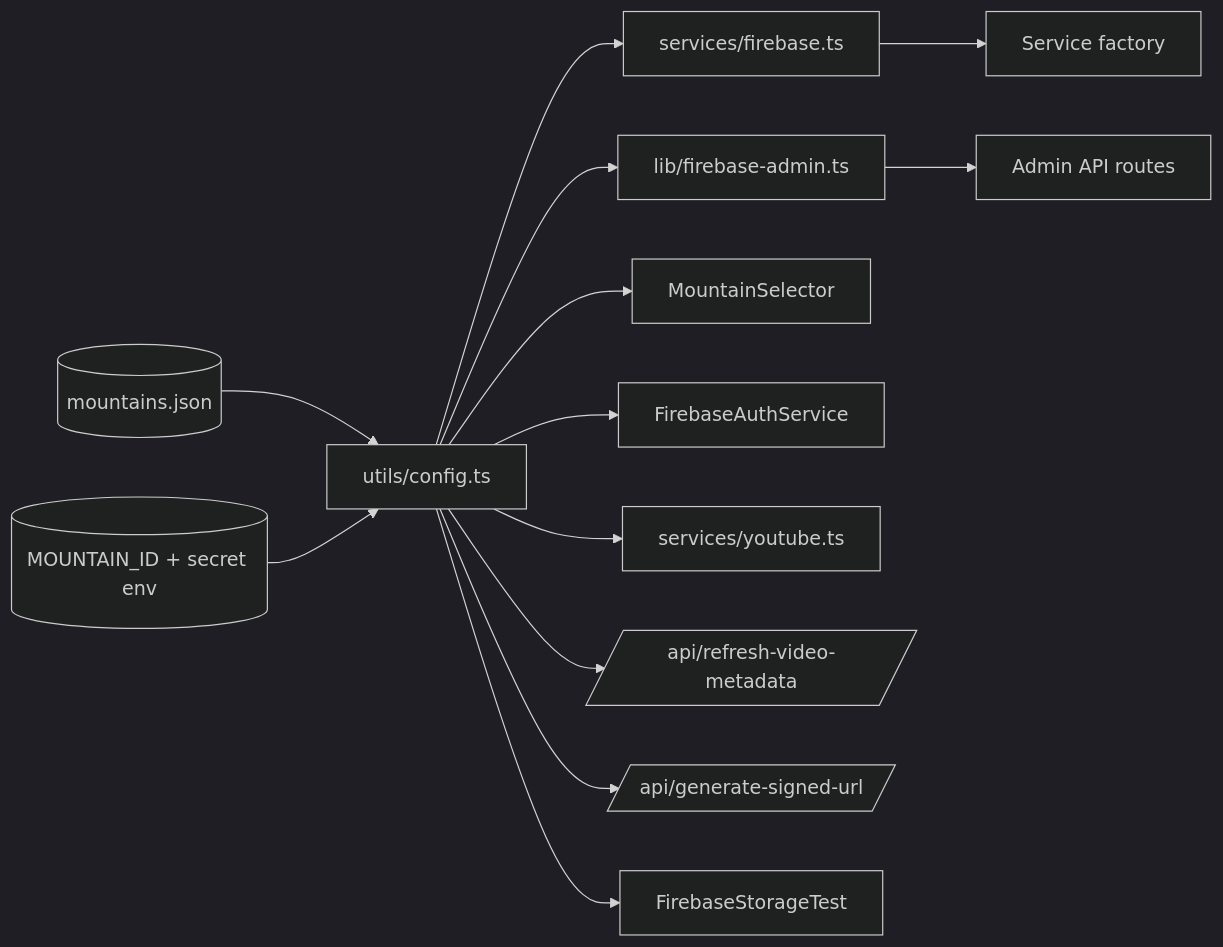
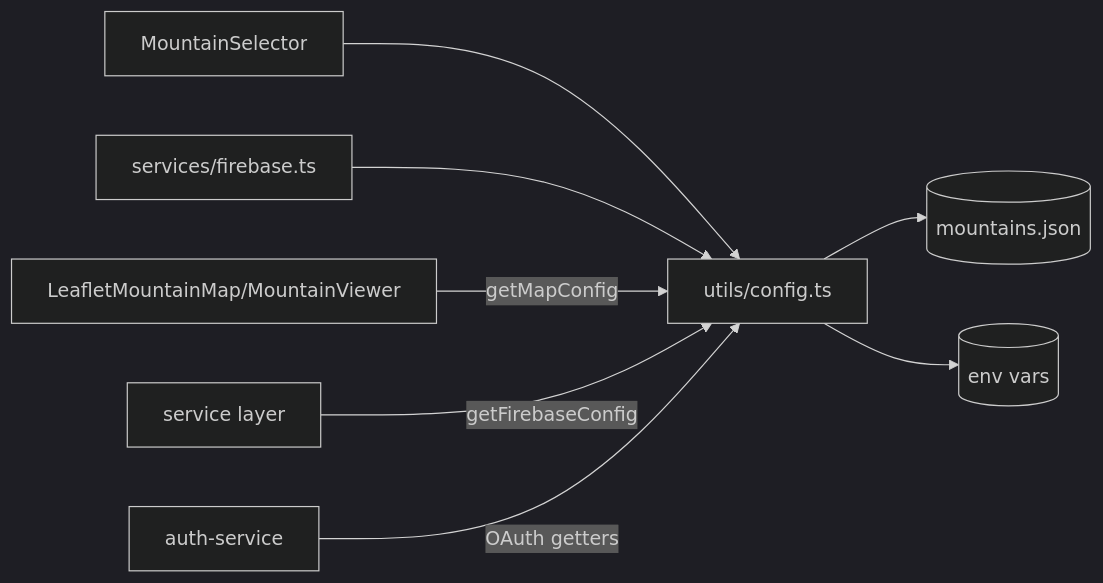
One commit to wwolfyy/mohocat changed the second of 2 diagrams in docs/codebase/multi-tenant-config.md. Above: the diagram before and after it, drawn with Mermaid (dark theme). The commit also changed other lines of this file and 12 other files, not shown here.

````diff
--- a/docs/codebase/multi-tenant-config.md
+++ b/docs/codebase/multi-tenant-config.md
@@ -116,21 +43,10 @@
 ```mermaid
 graph LR
-    Json[(mountains.json)]
-    Env[(MOUNTAIN_ID + secret env)]
-    Config[utils/config.ts]
-
-    Json --> Config
-    Env --> Config
-
-    Config --> FbClient[services/firebase.ts]
-    Config --> FbAdmin[lib/firebase-admin.ts]
-    Config --> Selector[MountainSelector]
-    Config --> AuthSvc[FirebaseAuthService]
-    Config --> YT[services/youtube.ts]
-    Config --> RefreshAPI[/api/refresh-video-metadata/]
-    Config --> SignedAPI[/api/generate-signed-url/]
-    Config --> StorageTest[FirebaseStorageTest]
-
-    FbClient --> Services[Service factory]
-    FbAdmin --> ApiAdmin[Admin API routes]
+    Config[utils/config.ts] --> Json[(mountains.json)]
+    Config --> Env[(env vars)]
+    MountainSelector --> Config
+    FirebaseInit[services/firebase.ts] --> Config
+    Map[LeafletMountainMap/MountainViewer] -->|getMapConfig| Config
+    Services[service layer] -->|getFirebaseConfig| Config
+    Auth[auth-service] -->|OAuth getters| Config
 ```
````
